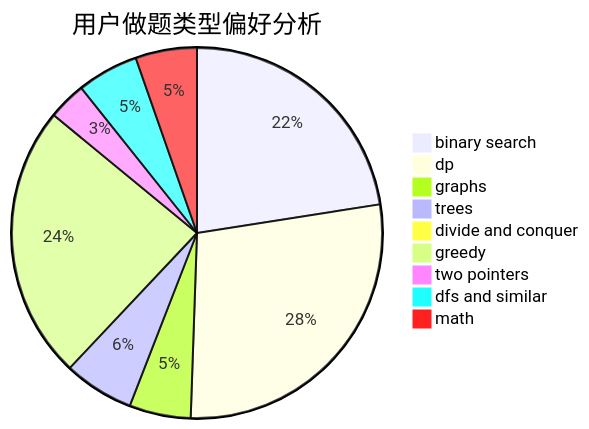
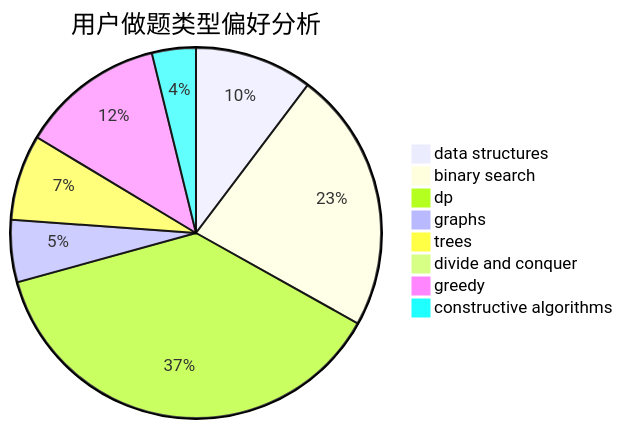
One commit to sherpahu/cfrs.github.io changed the second of 3 diagrams in docs/user/u2051.md. Above: the diagram before and after it, drawn with Mermaid. The commit also changed other lines of this file and 2775 other files, not shown here.

````diff
--- a/docs/user/u2051.md
+++ b/docs/user/u2051.md
@@ -23,12 +23,11 @@
 ```mermaid
 pie title 用户做题类型偏好分析
-    "binary search" :  353
-    "dp" :  439
-    "graphs" :  84
-    "trees" :  96
+    "data structures" :  110
+    "binary search" :  244
+    "dp" :  402
+    "graphs" :  58
+    "trees" :  80
     "divide and conquer" :  8
-    "greedy" :  375
-    "two pointers" :  52
-    "dfs and similar" :  84
-    "math" :  84
+    "greedy" :  134
+    "constructive algorithms" :  41
 ```
````
